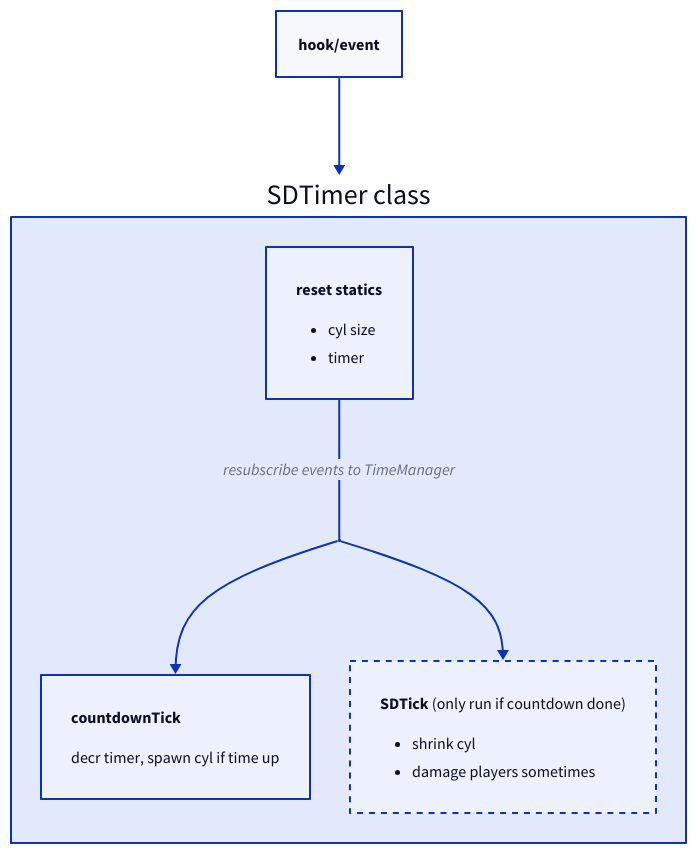
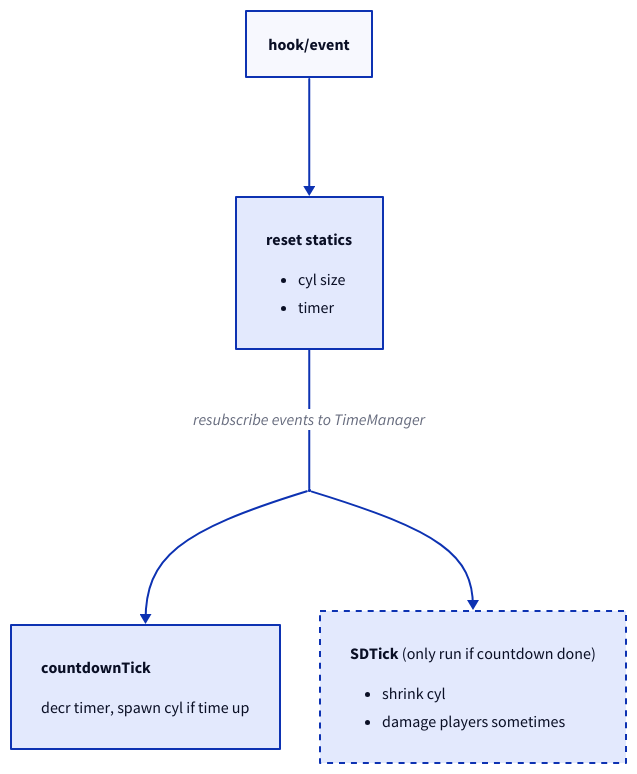
The diagram in arch.d2 (Kokiix/straftat_sudden_death), drawn with D2 before and after one commit. The commit also changed other lines of this file, not shown here.

Commit message:
with new streamlined event, i think everything can fit in 1 file

```diff
--- a/arch.d2
+++ b/arch.d2
@@ -1,39 +1,37 @@
-hook/event -> SDTimer class
-SDTimer class.reset statics -- SDTimer class.resub: resubscribe events to TimeManager
-SDTimer class.resub -> SDTimer class.countdownTick
-SDTimer class.resub -> SDTimer class.SDTick
+hook/event -> reset statics 
+reset statics -- resub: resubscribe events to TimeManager
+resub -> countdownTick
+resub -> SDTick
 
-SDTimer class.resub: "" {
+resub: "" {
     width: 1
     height: 1
 }
 
-SDTimer class: {
-    reset statics: "" {
+reset statics: "" {
+text: |`
+**reset statics**
+- cyl size
+- timer
+`|
+}
+
+countdownTick: "" {
     text: |`
-    **reset statics**
-    - cyl size
-    - timer
+    **countdownTick**
+
+    decr timer, spawn cyl if time up
     `|
 }
 
-    countdownTick: "" {
-        text: |`
-        **countdownTick**
+SDTick: "" {
+    style: {
+        stroke-dash: 3
+    }
+    text: |`
+    **SDTick** (only run if countdown done)
 
-        decr timer, spawn cyl if time up
-        `|
-    }
-
-    SDTick: "" {
-        style: {
-            stroke-dash: 3
-        }
-        text: |`
-        **SDTick** (only run if countdown done)
-
-        - shrink cyl
-        - damage players sometimes
-        `|
-    }
+    - shrink cyl
+    - damage players sometimes
+    `|
 }
```
